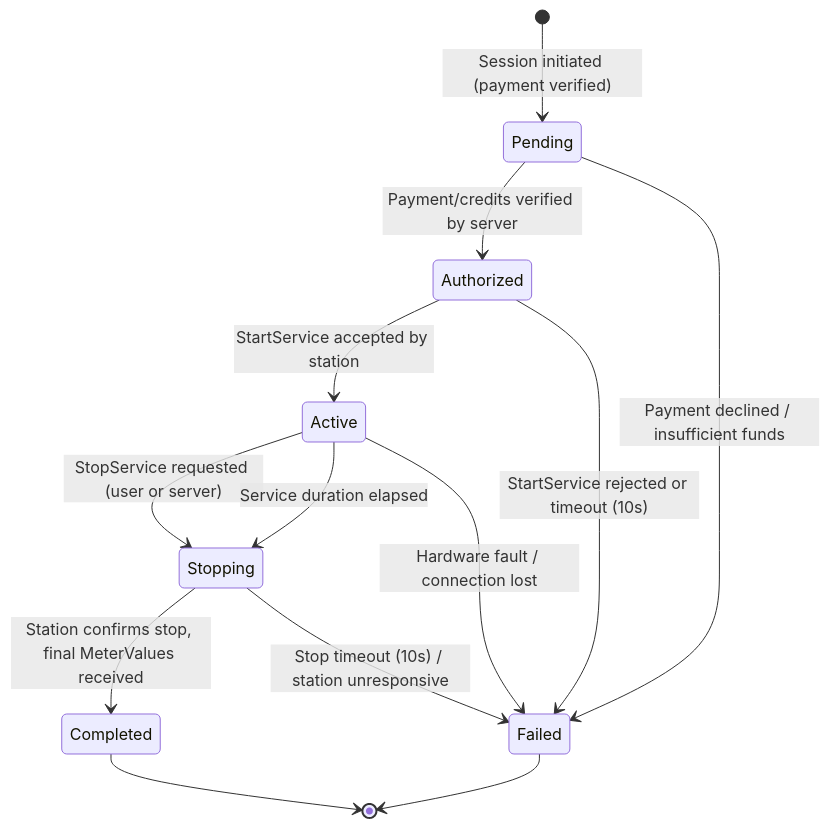
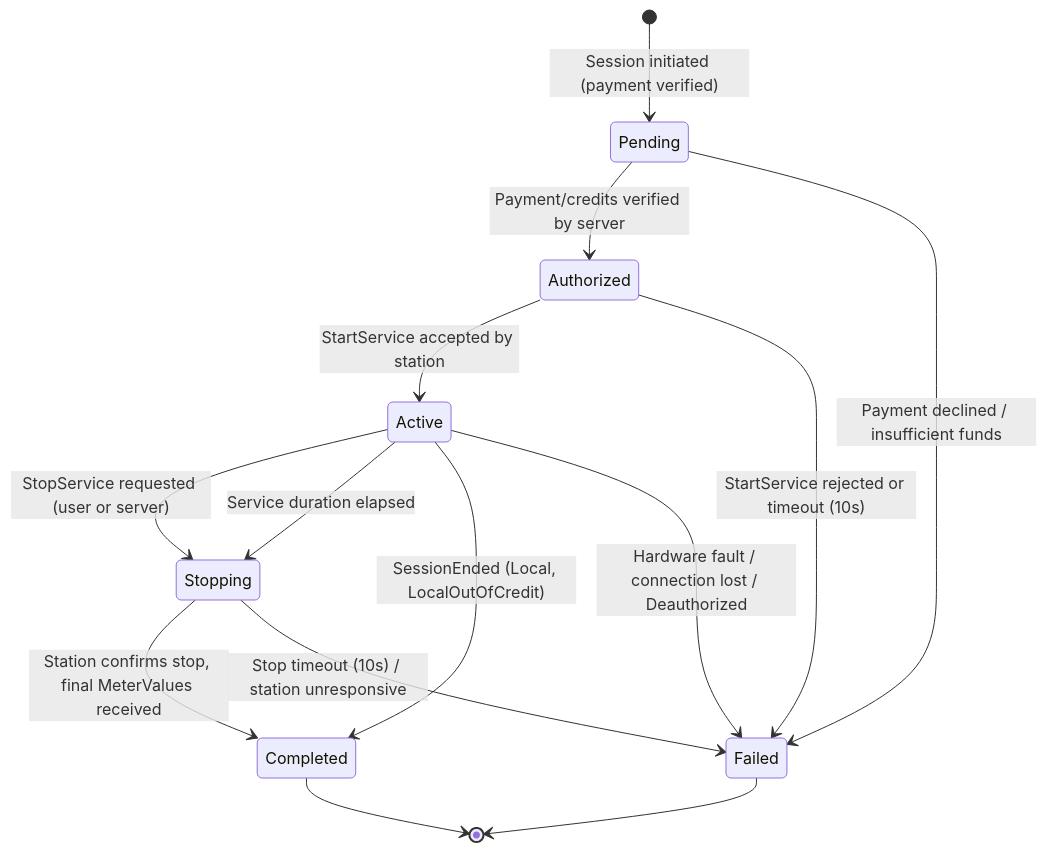
The third of 6 diagrams in spec/05-state-machines.md (ospp-org/spec), drawn with Mermaid before and after one commit. The commit also changed other lines of this file and 11 other files, not shown here.

````diff
--- a/spec/05-state-machines.md
+++ b/spec/05-state-machines.md
@@ -337,20 +368,21 @@
 ```mermaid
 stateDiagram-v2
     [*] --> Pending : Session initiated (payment verified)
 
     Pending --> Authorized : Payment/credits verified by server
     Pending --> Failed : Payment declined / insufficient funds
 
     Authorized --> Active : StartService accepted by station
     Authorized --> Failed : StartService rejected or timeout (10s)
 
     Active --> Stopping : StopService requested (user or server)
     Active --> Stopping : Service duration elapsed
-    Active --> Failed : Hardware fault / connection lost
+    Active --> Completed : SessionEnded (Local, LocalOutOfCredit)
+    Active --> Failed : Hardware fault / connection lost / Deauthorized
 
     Stopping --> Completed : Station confirms stop, final MeterValues received
     Stopping --> Failed : Stop timeout (10s) / station unresponsive
 
     Completed --> [*]
     Failed --> [*]
 ```
````
